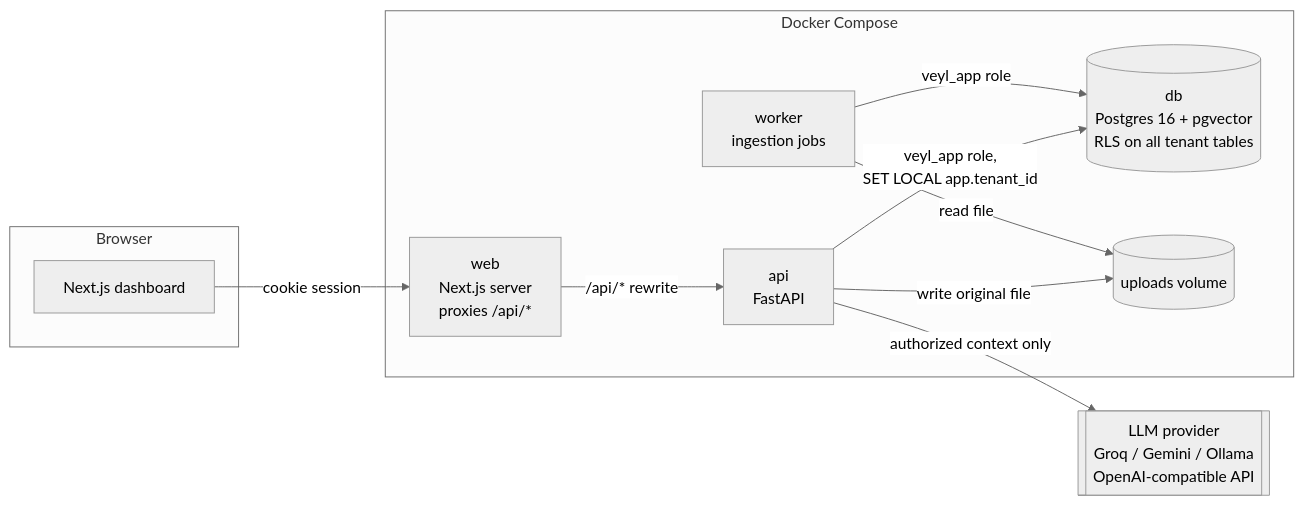
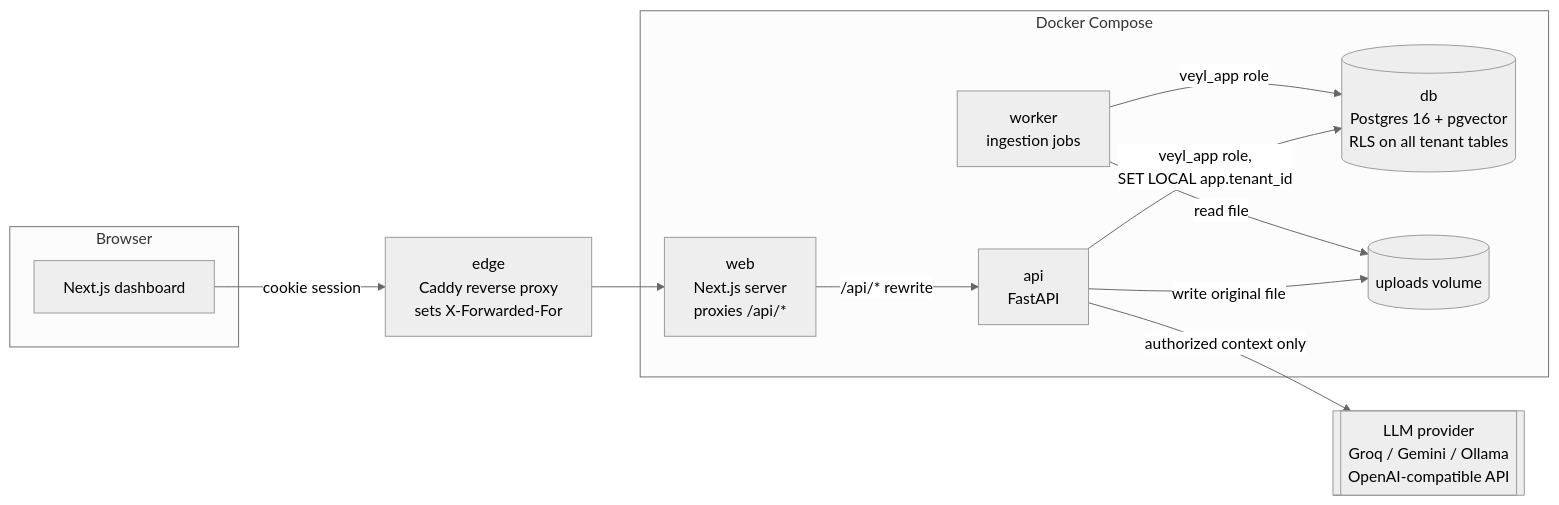
The first of 3 diagrams in docs/superpowers/specs/2026-10-15-veyl-design.md (yatinannam/Veyl), drawn with Mermaid (neutral theme) before and after one commit. The commit also changed other lines of this file and 13 other files, not shown here.

First line of the commit message:
fix(auth): unforgeable client IP via Caddy edge; cap concurrent password checks; sweep limiter

````diff
--- a/docs/superpowers/specs/2026-10-15-veyl-design.md
+++ b/docs/superpowers/specs/2026-10-15-veyl-design.md
@@ -57,24 +57,26 @@
 ```mermaid
 flowchart LR
     subgraph Browser
         UI[Next.js dashboard]
     end
 
     subgraph Docker Compose
         WEB[web<br/>Next.js server<br/>proxies /api/*]
         API[api<br/>FastAPI]
         WK[worker<br/>ingestion jobs]
         DB[(db<br/>Postgres 16 + pgvector<br/>RLS on all tenant tables)]
         FS[(uploads volume)]
     end
 
     LLM[[LLM provider<br/>Groq / Gemini / Ollama<br/>OpenAI-compatible API]]
 
-    UI -- cookie session --> WEB
+    EDGE[edge<br/>Caddy reverse proxy<br/>sets X-Forwarded-For]
+    UI -- cookie session --> EDGE
+    EDGE --> WEB
     WEB -- /api/* rewrite --> API
     API -- veyl_app role,<br/>SET LOCAL app.tenant_id --> DB
     WK -- veyl_app role --> DB
     API -- write original file --> FS
     WK -- read file --> FS
     API -- authorized context only --> LLM
 ```
````
